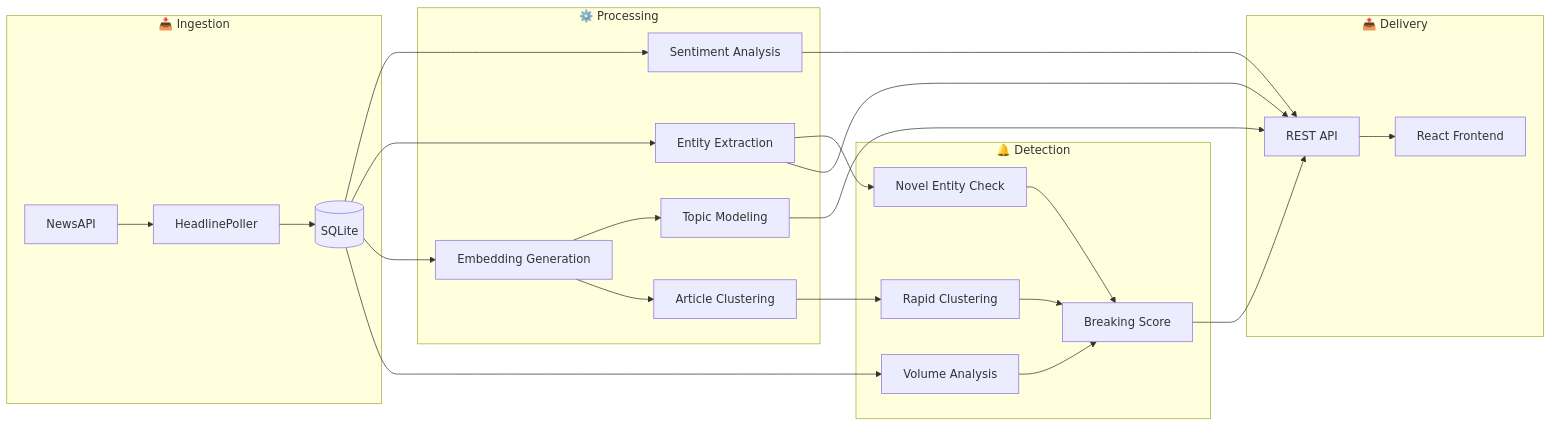
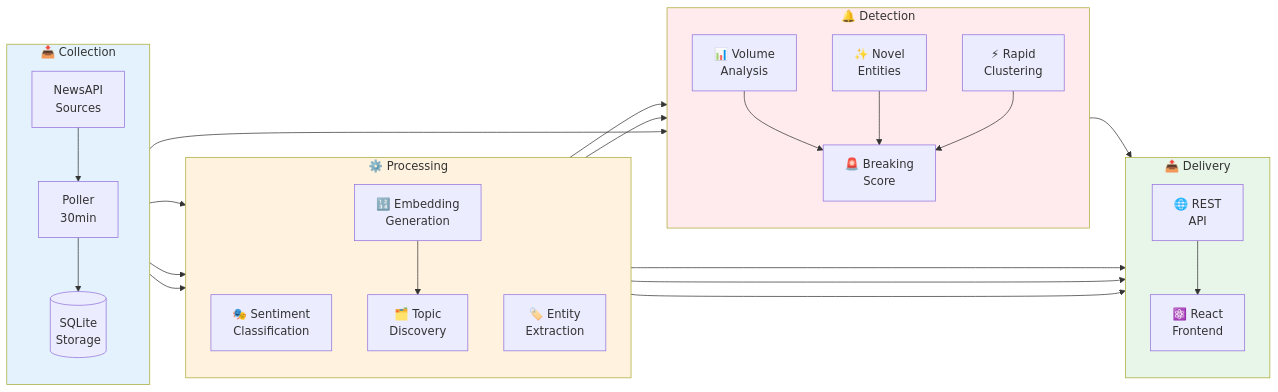
The second of 3 diagrams in README.md (SriramWorkSpace/NewsPulse), drawn with Mermaid before and after one commit. The commit also changed other lines of this file, not shown here.

Commit message:
Enhance README with better structure and improved Mermaid diagrams

````diff
--- a/README.md
+++ b/README.md
@@ -93,27 +120,46 @@
 ```mermaid
 flowchart LR
-    subgraph Ingestion["📥 Ingestion"]
-        A[NewsAPI] --> B[HeadlinePoller]
-        B --> C[(SQLite)]
+    subgraph stage1["📥 Collection"]
+        direction TB
+        A1["NewsAPI<br/>Sources"]
+        A2["Poller<br/>30min"]
+        A3[("SQLite<br/>Storage")]
     end
     
-    subgraph Processing["⚙️ Processing"]
-        C --> D[Sentiment Analysis]
-        C --> E[Entity Extraction]
-        C --> F[Embedding Generation]
-        F --> G[Topic Modeling]
-        F --> H[Article Clustering]
+    subgraph stage2["⚙️ Processing"]
+        direction TB
+        B1["🎭 Sentiment<br/>Classification"]
+        B2["🏷️ Entity<br/>Extraction"]
+        B3["🔢 Embedding<br/>Generation"]
+        B4["🗂️ Topic<br/>Discovery"]
     end
     
-    subgraph Detection["🔔 Detection"]
-        C --> I[Volume Analysis]
-        E --> J[Novel Entity Check]
-        H --> K[Rapid Clustering]
-        I & J & K --> L[Breaking Score]
+    subgraph stage3["🔔 Detection"]
+        direction TB
+        C1["📊 Volume<br/>Analysis"]
+        C2["✨ Novel<br/>Entities"]
+        C3["⚡ Rapid<br/>Clustering"]
+        C4["🚨 Breaking<br/>Score"]
     end
     
-    subgraph Delivery["📤 Delivery"]
-        D & E & G & L --> M[REST API]
-        M --> N[React Frontend]
+    subgraph stage4["📤 Delivery"]
+        direction TB
+        D1["🌐 REST<br/>API"]
+        D2["⚛️ React<br/>Frontend"]
     end
+    
+    A1 --> A2 --> A3
+    A3 --> B1 & B2 & B3
+    B3 --> B4
+    A3 --> C1
+    B2 --> C2
+    B4 --> C3
+    C1 & C2 & C3 --> C4
+    B1 & B2 & B4 & C4 --> D1
+    D1 --> D2
+    
+    style stage1 fill:#e3f2fd
+    style stage2 fill:#fff3e0
+    style stage3 fill:#ffebee
+    style stage4 fill:#e8f5e9
 ```
````
